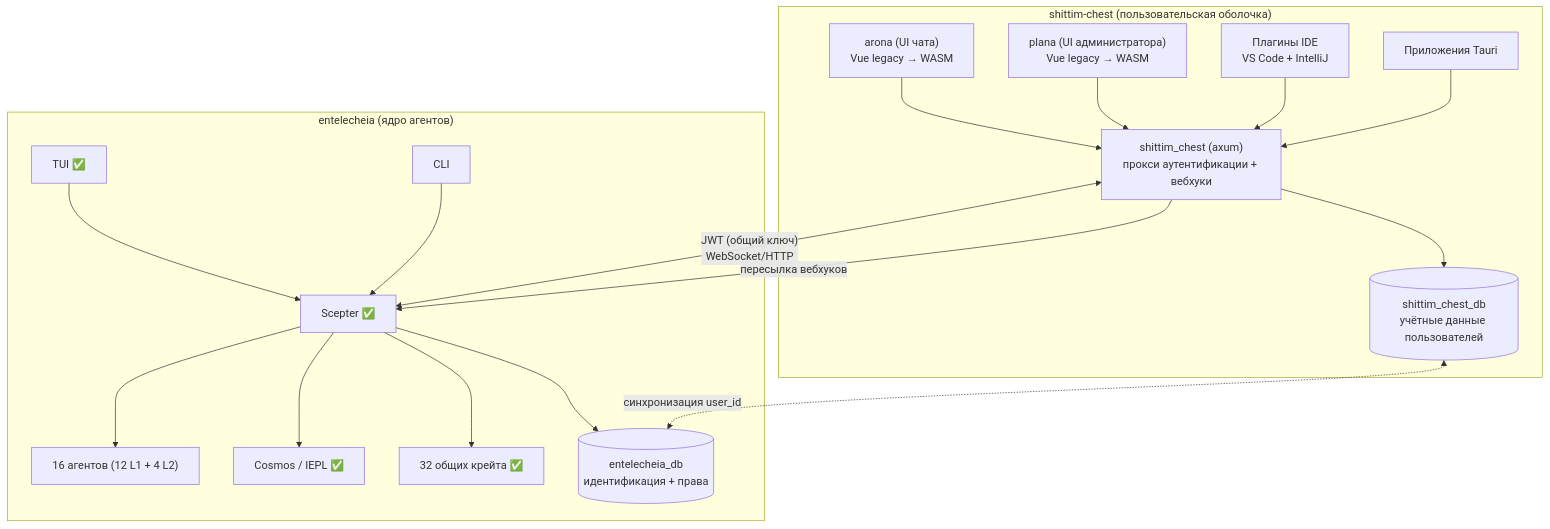
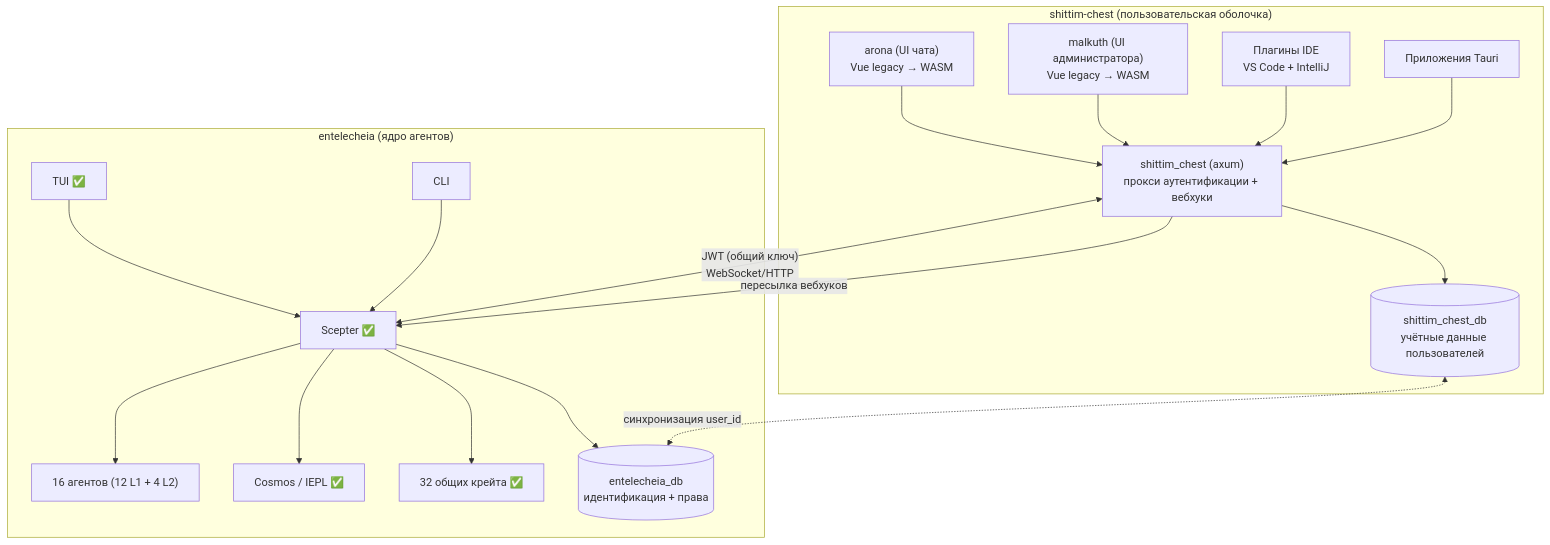
One commit to celestia-island/docs.celestia.world changed the second of 7 diagrams in docs/ru/designs/core/architecture.md. Above: the diagram before and after it, drawn with Mermaid. The commit also changed other lines of this file and 57 other files, not shown here.

First line of the commit message:
rename: plana -> malkuth across docs

````diff
--- a/docs/ru/designs/core/architecture.md
+++ b/docs/ru/designs/core/architecture.md
@@ -83,36 +83,36 @@
 ```mermaid
 flowchart TB
     subgraph shittim_chest["shittim-chest (пользовательская оболочка)"]
         Arona["arona (UI чата)\nVue legacy → WASM"]
-        Plana["plana (UI администратора)\nVue legacy → WASM"]
+        Malkuth["malkuth (UI администратора)\nVue legacy → WASM"]
         SC["shittim_chest (axum)\nпрокси аутентификации + вебхуки"]
         IDE["Плагины IDE\nVS Code + IntelliJ"]
         Tauri["Приложения Tauri"]
         SC_DB[("shittim_chest_db\nучётные данные пользователей")]
         Arona --> SC
-        Plana --> SC
+        Malkuth --> SC
         IDE --> SC
         Tauri --> SC
         SC --> SC_DB
     end
 
     subgraph entelecheia["entelecheia (ядро агентов)"]
         TUI["TUI ✅"]
         CLI["CLI"]
         Scepter["Scepter ✅"]
         Agents["16 агентов (12 L1 + 4 L2)"]
         Cosmos["Cosmos / IEPL ✅"]
         Shared["32 общих крейта ✅"]
         ENT_DB[("entelecheia_db\nидентификация + права")]
         TUI --> Scepter
         CLI --> Scepter
         Scepter --> Agents
         Scepter --> Cosmos
         Scepter --> Shared
         Scepter --> ENT_DB
     end
 
     SC <-->|"JWT (общий ключ)\nWebSocket/HTTP"| Scepter
     SC -->|"пересылка вебхуков"| Scepter
     SC_DB <-.->|"синхронизация user_id"| ENT_DB
 ```
````
